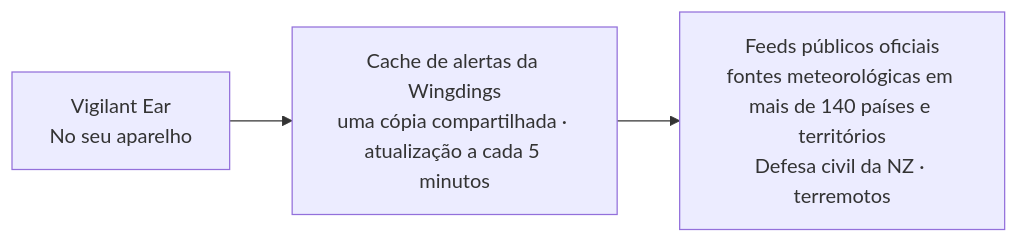
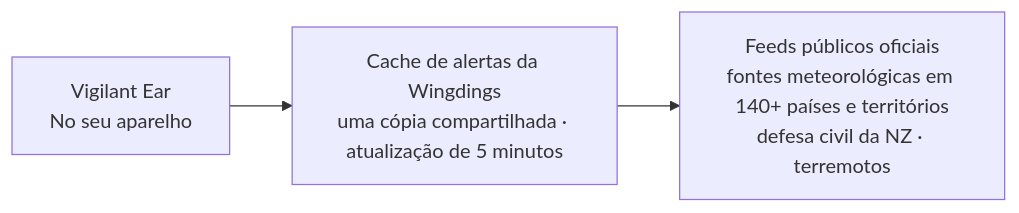
The fourth of 4 diagrams in README_pt-BR.md (rpalm01-star/VigilantEarLegal), drawn with Mermaid before and after one commit. The commit also changed other lines of this file and 14 other files, not shown here.

````diff
--- a/README_pt-BR.md
+++ b/README_pt-BR.md
@@ -182,5 +201,5 @@
 ```mermaid
 graph LR
-    P1["Vigilant Ear<br/>No seu aparelho"] --> W["Cache de alertas da Wingdings<br/>uma cópia compartilhada · atualização a cada 5 minutos"]
-    W --> N["Feeds públicos oficiais<br/>fontes meteorológicas em mais de 140 países e territórios<br/>Defesa civil da NZ · terremotos"]
+    P1["Vigilant Ear<br/>No seu aparelho"] --> W["Cache de alertas da Wingdings<br/>uma cópia compartilhada · atualização de 5 minutos"]
+    W --> N["Feeds públicos oficiais<br/>fontes meteorológicas em 140+ países e territórios<br/>defesa civil da NZ · terremotos"]
 ```
````
